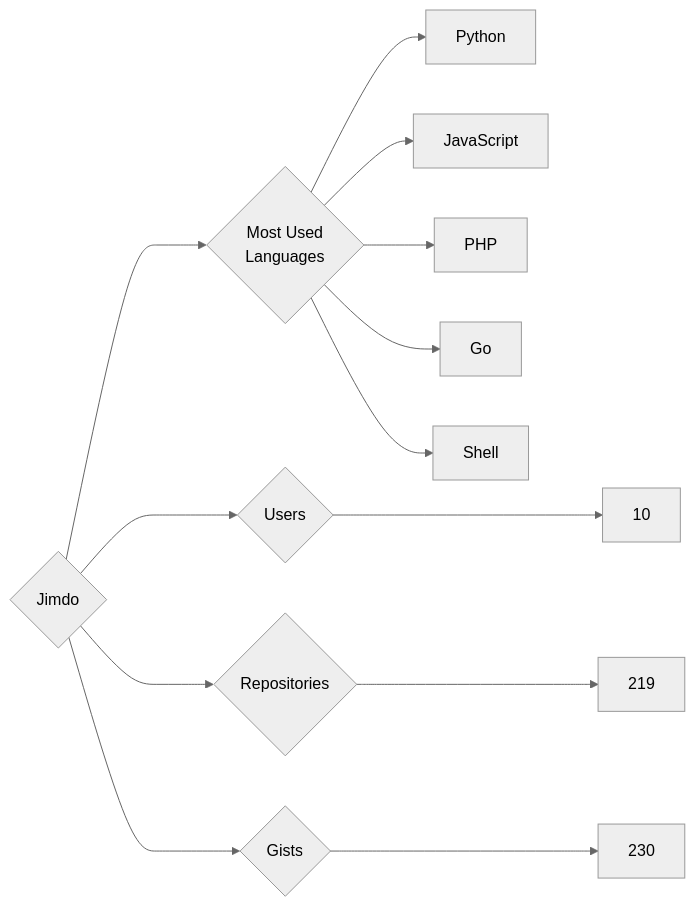
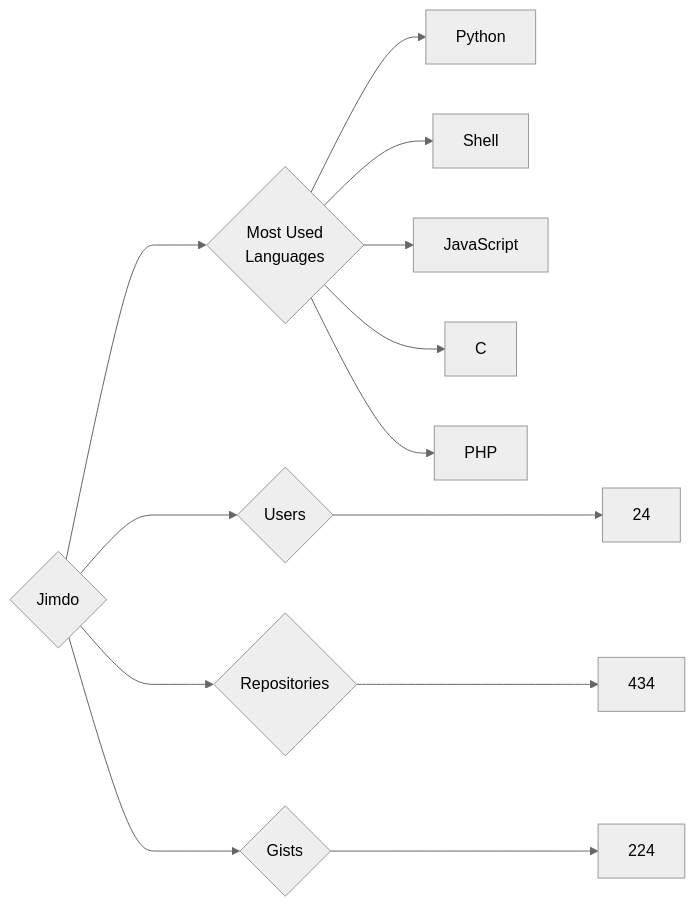
Before and after one commit to trickest/insiders: the diagram in targets/Jimdo/README.md, drawn with Mermaid (neutral theme). The commit also changed 891 other files, not shown here.

````diff
--- a/targets/Jimdo/README.md
+++ b/targets/Jimdo/README.md
@@ -3,13 +3,13 @@
 ```mermaid
 graph LR
 COMPANY_NAME{Jimdo}
-COMPANY_NAME ---> U{Users} ---> UN[10]
-COMPANY_NAME ---> R{Repositories} ---> RN[219]
-COMPANY_NAME ---> G{Gists} ---> GN[230]
+COMPANY_NAME ---> U{Users} ---> UN[24]
+COMPANY_NAME ---> R{Repositories} ---> RN[434]
+COMPANY_NAME ---> G{Gists} ---> GN[224]
 COMPANY_NAME ---> ML{Most Used<br>Languages}
 ML --> Python[Python]
+ML --> Shell[Shell]
 ML --> JavaScript[JavaScript]
+ML --> C[C]
 ML --> PHP[PHP]
-ML --> Go[Go]
-ML --> Shell[Shell]
 ```
````
